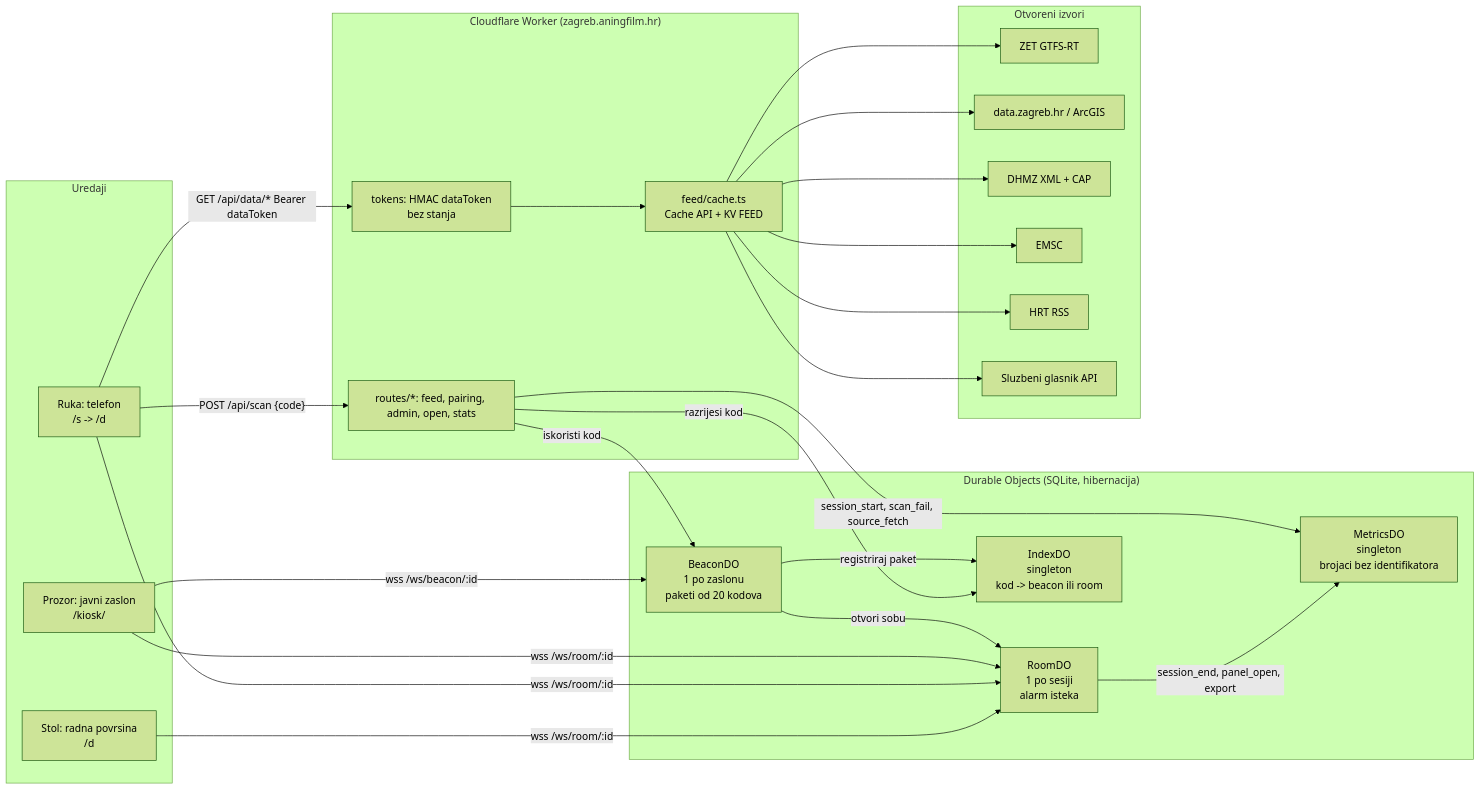
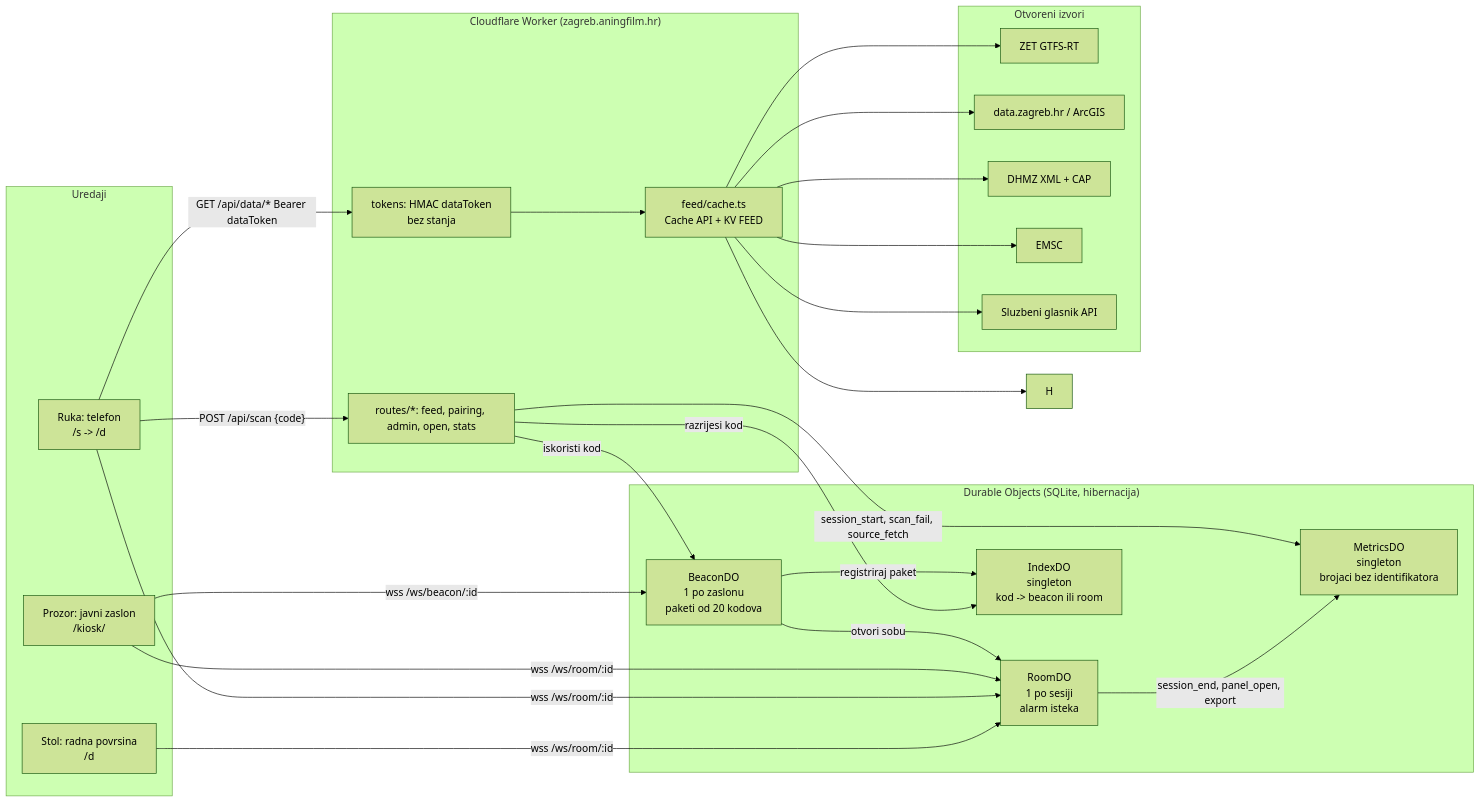
One commit to matijarma/vidikovac changed the diagram in docs/arhitektura.md. Above: the diagram before and after it, drawn with Mermaid (forest theme). The commit also changed 71 other files, not shown here.

````diff
--- a/docs/arhitektura.md
+++ b/docs/arhitektura.md
@@ -16,41 +16,40 @@
 ```mermaid
 flowchart LR
   subgraph Uredaji
     K[Prozor: javni zaslon<br/>/kiosk/]
     P[Ruka: telefon<br/>/s -> /d]
     S[Stol: radna povrsina<br/>/d]
   end
   subgraph Worker["Cloudflare Worker (zagreb.aningfilm.hr)"]
     R[routes/*: feed, pairing, admin, open, stats]
     F[feed/cache.ts<br/>Cache API + KV FEED]
     T[tokens: HMAC dataToken<br/>bez stanja]
   end
   subgraph DO["Durable Objects (SQLite, hibernacija)"]
     B[BeaconDO<br/>1 po zaslonu<br/>paketi od 20 kodova]
     RM[RoomDO<br/>1 po sesiji<br/>alarm isteka]
     I[IndexDO<br/>singleton<br/>kod -> beacon ili room]
     M[MetricsDO<br/>singleton<br/>brojaci bez identifikatora]
   end
   subgraph Izvori["Otvoreni izvori"]
     Z[ZET GTFS-RT]
     G[data.zagreb.hr / ArcGIS]
     D[DHMZ XML + CAP]
     E[EMSC]
-    H[HRT RSS]
     SG[Sluzbeni glasnik API]
   end
   K -- "wss /ws/beacon/:id" --> B
   B -- "registriraj paket" --> I
   P -- "POST /api/scan {code}" --> R
   R -- "razrijesi kod" --> I
   R -- "iskoristi kod" --> B
   B -- "otvori sobu" --> RM
   K -- "wss /ws/room/:id" --> RM
   P -- "wss /ws/room/:id" --> RM
   S -- "wss /ws/room/:id" --> RM
   P -- "GET /api/data/* Bearer dataToken" --> T
   T --> F
   F --> Z & G & D & E & H & SG
   R -- "session_start, scan_fail, source_fetch" --> M
   RM -- "session_end, panel_open, export" --> M
 ```
````
